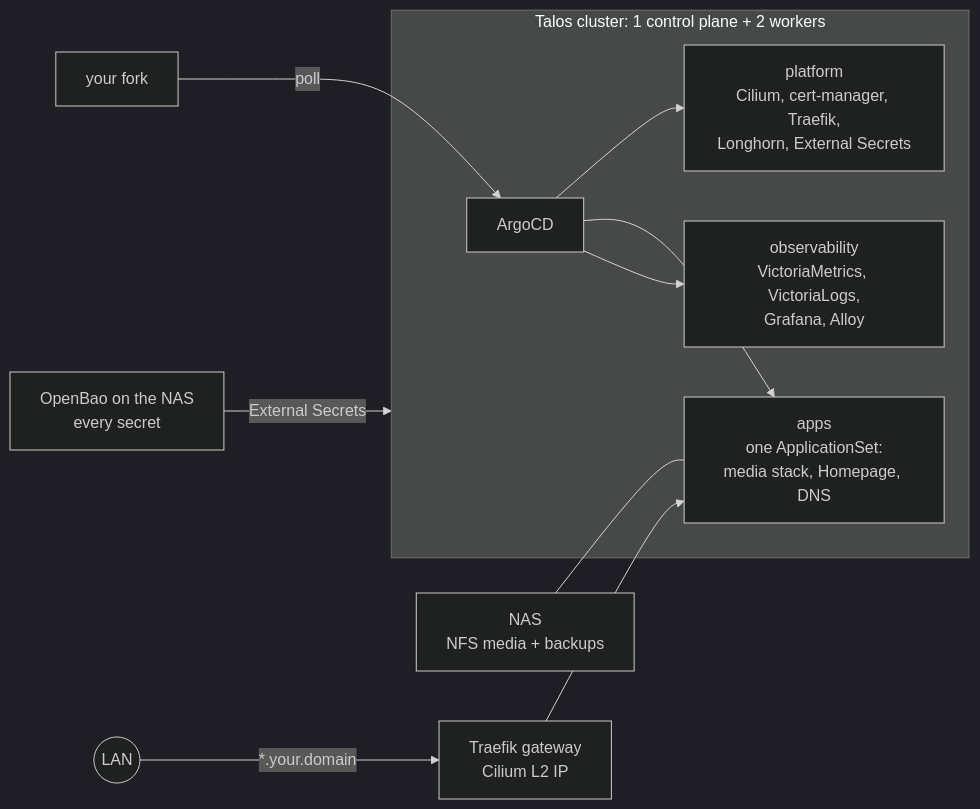
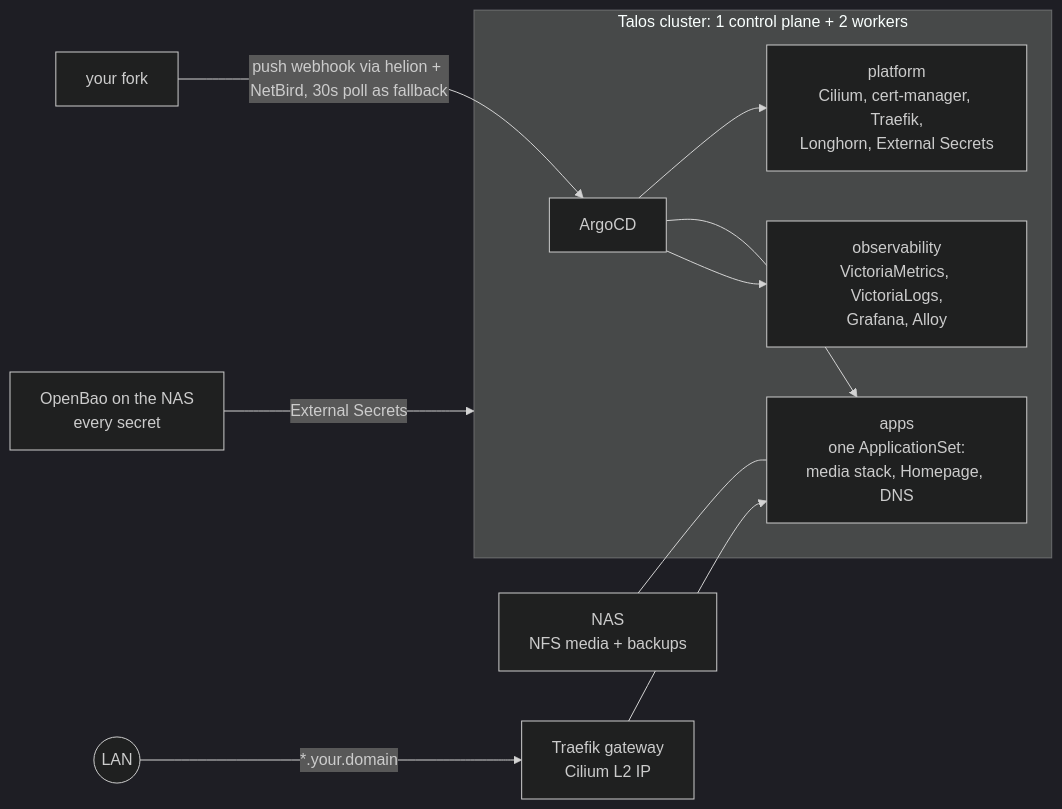
The diagram in README.md (obleey/talos-homelab), drawn with Mermaid (dark theme) before and after one commit. The commit also changed other lines of this file, not shown here.

Commit message:
README: GitHub push webhook to ArgoCD via helion and NetBird

````diff
--- a/README.md
+++ b/README.md
@@ -7,12 +7,12 @@
 ```mermaid
 graph LR
-    Git[your fork] -->|poll| ArgoCD
+    Git[your fork] -->|push webhook via helion + NetBird, 30s poll as fallback| ArgoCD
     subgraph cluster [Talos cluster: 1 control plane + 2 workers]
         ArgoCD --> Platform[platform<br/>Cilium, cert-manager, Traefik,<br/>Longhorn, External Secrets]
         ArgoCD --> Apps[apps<br/>one ApplicationSet:<br/>media stack, Homepage, DNS]
         ArgoCD --> Obs[observability<br/>VictoriaMetrics, VictoriaLogs,<br/>Grafana, Alloy]
     end
     NAS[NAS<br/>NFS media + backups] --- Apps
     Bao[OpenBao on the NAS<br/>every secret] -->|External Secrets| cluster
     Users((LAN)) -->|*.your.domain| Traefik[Traefik gateway<br/>Cilium L2 IP] --> Apps
 ```
````
